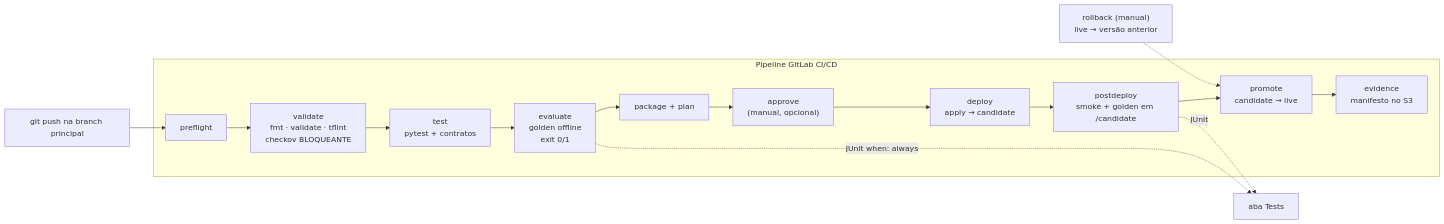
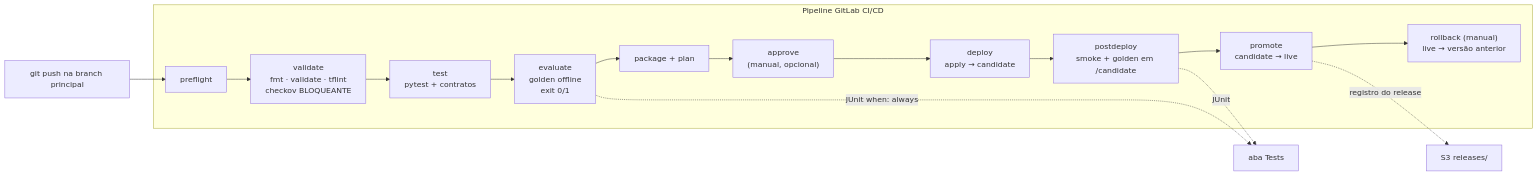
The diagram in 04-GenAIOps/01-Release-RAG-Quality-Gates/README.md (DiegoRicco/FIAP-AI-Devops-CICD), drawn with Mermaid before and after one commit. The commit also changed other lines of this file and 3 other files, not shown here.

````diff
--- a/04-GenAIOps/01-Release-RAG-Quality-Gates/README.md
+++ b/04-GenAIOps/01-Release-RAG-Quality-Gates/README.md
@@ -80,18 +80,18 @@
 ```mermaid
 flowchart LR
     push[git push na branch principal] --> preflight
     subgraph pipeline [Pipeline GitLab CI/CD]
         preflight --> validate["validate<br/>fmt · validate · tflint<br/>checkov BLOQUEANTE"]
         validate --> test["test<br/>pytest + contratos"]
         test --> evaluate["evaluate<br/>golden offline<br/>exit 0/1"]
         evaluate --> package["package + plan"]
         package --> approve["approve<br/>(manual, opcional)"]
         approve --> deploy["deploy<br/>apply → candidate"]
         deploy --> postdeploy["postdeploy<br/>smoke + golden em /candidate"]
         postdeploy --> promote["promote<br/>candidate → live"]
-        promote --> evidence["evidence<br/>manifesto no S3"]
+        promote --> rollback["rollback (manual)<br/>live → versão anterior"]
     end
     evaluate -. JUnit when: always .-> report[aba Tests]
     postdeploy -. JUnit .-> report
-    rollback["rollback (manual)<br/>live → versão anterior"] -.-> promote
+    promote -. registro do release .-> s3[S3 releases/]
 ```
````
